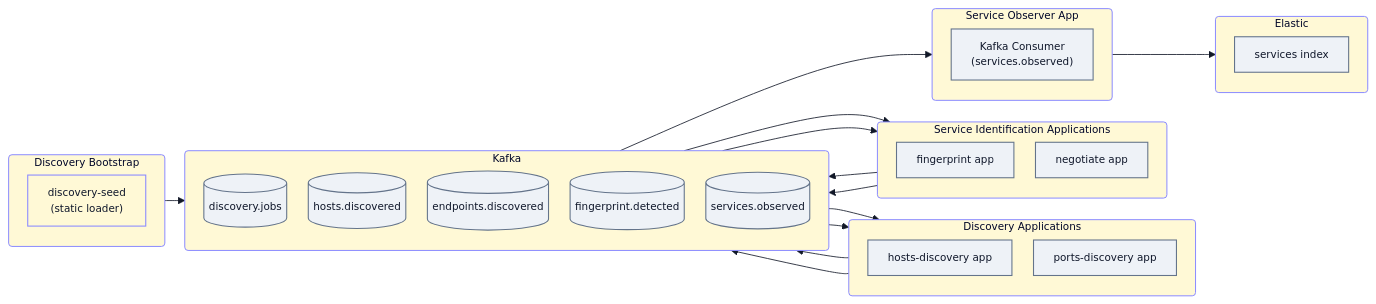
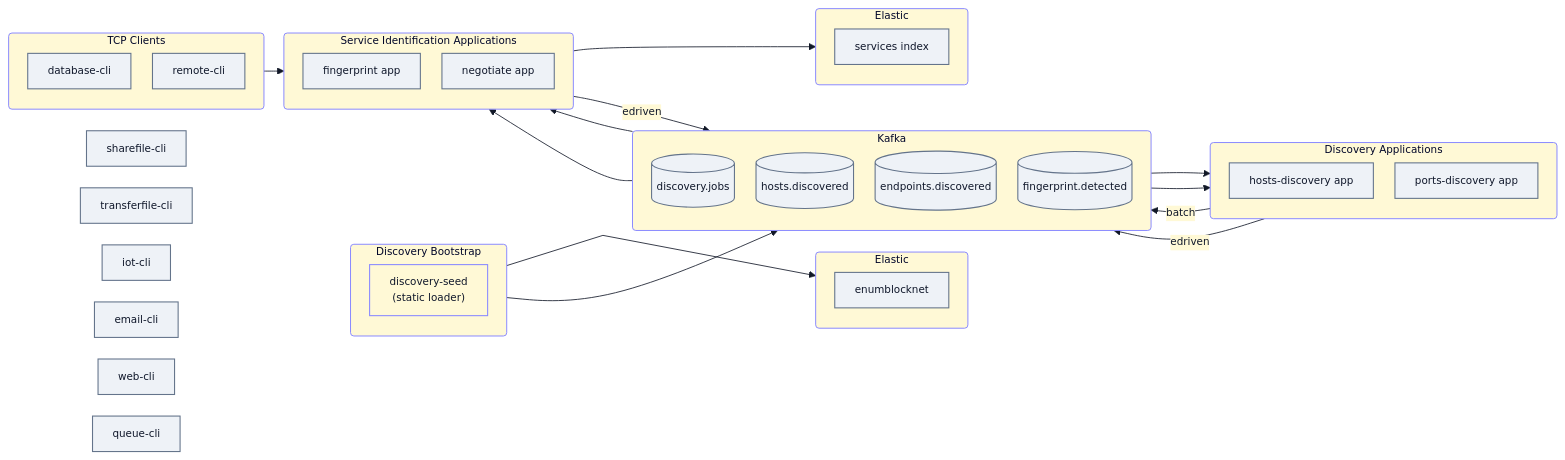
The diagram in mermaid.mmd (isobatch/.github), drawn with Mermaid before and after one commit.

Commit message:
Refactor mermaid diagram structure and styles

```diff
--- a/mermaid.mmd
+++ b/mermaid.mmd
@@ -1,96 +1,111 @@
 ---
 config:
   theme: base
   flowchart:
     curve: basis
     padding: 12
     nodeSpacing: 26
     rankSpacing: 24
   themeVariables:
     fontFamily: Inter, Segoe UI, Arial
     fontSize: 12.5px
     lineColor: '#111827'
     primaryColor: '#EEF2F7'
     primaryTextColor: '#0f172a'
     primaryBorderColor: '#64748b'
     secondaryColor: '#FFF9D6'
     tertiaryColor: '#FFF9D6'
+  layout: fixed
 ---
 flowchart LR
-
  subgraph Bootstrap["Discovery Bootstrap"]
     direction TB
         Seeder["discovery-seed\n(static loader)"]
- end
-
+  end
  subgraph Discovery_Apps["Discovery Applications"]
     direction TB
         HostsApp["hosts-discovery app"]
         PortsApp["ports-discovery app"]
- end
-
+  end
  subgraph Fingerprint_Apps["Service Identification Applications"]
     direction TB
         FingerprintApp["fingerprint app"]
         NegotiateApp["negotiate app"]
- end
-
+  end
  subgraph Kafka_Layer["Kafka"]
     direction TB
         KafkaJobs[("discovery.jobs")]
         KafkaHosts[("hosts.discovered")]
         KafkaEndpoints[("endpoints.discovered")]
         KafkaFingerprint[("fingerprint.detected")]
-        KafkaServices[("services.observed")]
- end
-
- subgraph Observer_App["Service Observer App"]
-    direction TB
-        ServicesConsumer["Kafka Consumer\n(services.observed)"]
- end
-
+  end
  subgraph Elastic_Layer["Elastic"]
     direction TB
         ElasticServices["services index"]
- end
+  end
+ subgraph s1["Elastic"]
+        n1["enumblocknet"]
+  end
+ subgraph s2["TCP Clients"]
+        n2["database-cli"]
+        n3["remote-cli"]
+  end
+    Seeder --> KafkaJobs
+    KafkaJobs --> HostsApp
+    HostsApp -- batch --> KafkaHosts
+    KafkaHosts --> PortsApp
+    PortsApp -- edriven --> KafkaEndpoints
+    KafkaEndpoints --> FingerprintApp
+    FingerprintApp -- edriven --> KafkaFingerprint
+    KafkaFingerprint --> NegotiateApp
+    NegotiateApp --> ElasticServices
+    Bootstrap L_Bootstrap_s1_0@--> s1
+    s2 --> NegotiateApp
+    n4["sharefile-cli"]
+    n5["transferfile-cli"]
+    n6["iot-cli"]
+    n7["email-cli"]
+    n8["web-cli"]
+    n9["queue-cli"]
 
-    Seeder --> KafkaJobs
-
-    KafkaJobs --> HostsApp
-    HostsApp --> KafkaHosts
-    KafkaHosts --> PortsApp
-    PortsApp --> KafkaEndpoints
-    KafkaEndpoints --> FingerprintApp
-    FingerprintApp --> KafkaFingerprint
-    KafkaFingerprint --> NegotiateApp
-    NegotiateApp --> KafkaServices
-
-    KafkaServices --> ServicesConsumer
-    ServicesConsumer --> ElasticServices
-
-    Seeder:::bootstrap
-    HostsApp:::stage
-    PortsApp:::stage
-    FingerprintApp:::stage
-    NegotiateApp:::stage
-    ServicesConsumer:::stage
-
-    KafkaJobs:::bus
-    KafkaHosts:::bus
-    KafkaEndpoints:::bus
-    KafkaFingerprint:::bus
-    KafkaServices:::bus
-
-    ElasticServices:::store
-
+    n1@{ shape: rect}
+    n2@{ shape: rect}
+    n3@{ shape: rect}
+    n4@{ shape: rect}
+    n5@{ shape: rect}
+    n6@{ shape: rect}
+    n7@{ shape: rect}
+    n8@{ shape: rect}
+    n9@{ shape: rect}
+     Seeder:::bootstrap
+     HostsApp:::stage
+     PortsApp:::stage
+     FingerprintApp:::stage
+     NegotiateApp:::stage
+     KafkaJobs:::bus
+     KafkaHosts:::bus
+     KafkaEndpoints:::bus
+     KafkaFingerprint:::bus
+     ElasticServices:::store
+     n1:::store
+     n2:::stage
+     n3:::stage
+     n4:::stage
+     n5:::stage
+     n6:::stage
+     n7:::stage
+     n8:::stage
+     n9:::stage
     classDef bootstrap fill:#FFF9D6,stroke:#8B8BFF,stroke-width:1.3px,color:#0f172a
     classDef stage fill:#EEF2F7,stroke:#64748b,stroke-width:1.3px,color:#0f172a
     classDef bus fill:#EEF2F7,stroke:#64748b,stroke-width:1.3px,color:#0f172a
     classDef store fill:#EEF2F7,stroke:#64748b,stroke-width:1.3px,color:#0f172a
-
     style Bootstrap fill:#FFF9D6,stroke:#8B8BFF,stroke-width:1.2px,rx:4,ry:4
+    style s1 fill:#FFF9D6,stroke:#8B8BFF,stroke-width:1.2px,rx:4,ry:4
+    style s2 fill:#FFF9D6,stroke:#8B8BFF,stroke-width:1.2px,rx:4,ry:4
     style Discovery_Apps fill:#FFF9D6,stroke:#8B8BFF,stroke-width:1.2px,rx:4,ry:4
     style Fingerprint_Apps fill:#FFF9D6,stroke:#8B8BFF,stroke-width:1.2px,rx:4,ry:4
     style Kafka_Layer fill:#FFF9D6,stroke:#8B8BFF,stroke-width:1.2px,rx:4,ry:4
-    style Observer_App fill:#FFF9D6,stroke:#8B8BFF,stroke-width:1.2px,rx:4,ry:4
     style Elastic_Layer fill:#FFF9D6,stroke:#8B8BFF,stroke-width:1.2px,rx:4,ry:4
+
+    L_Bootstrap_s1_0@{ curve: linear }
```
